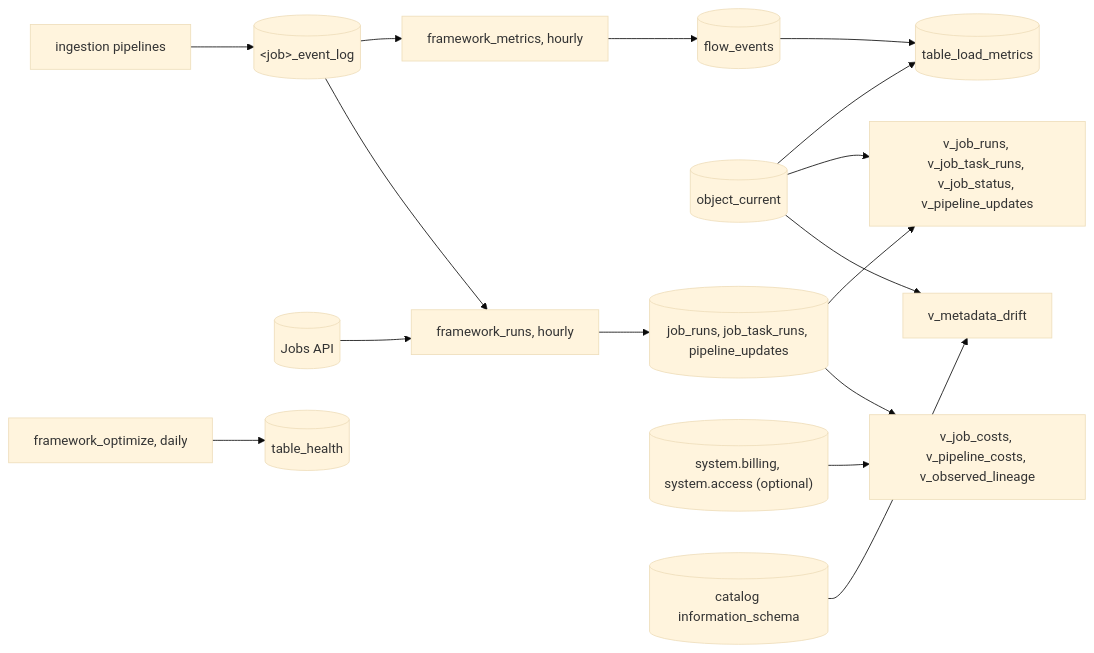
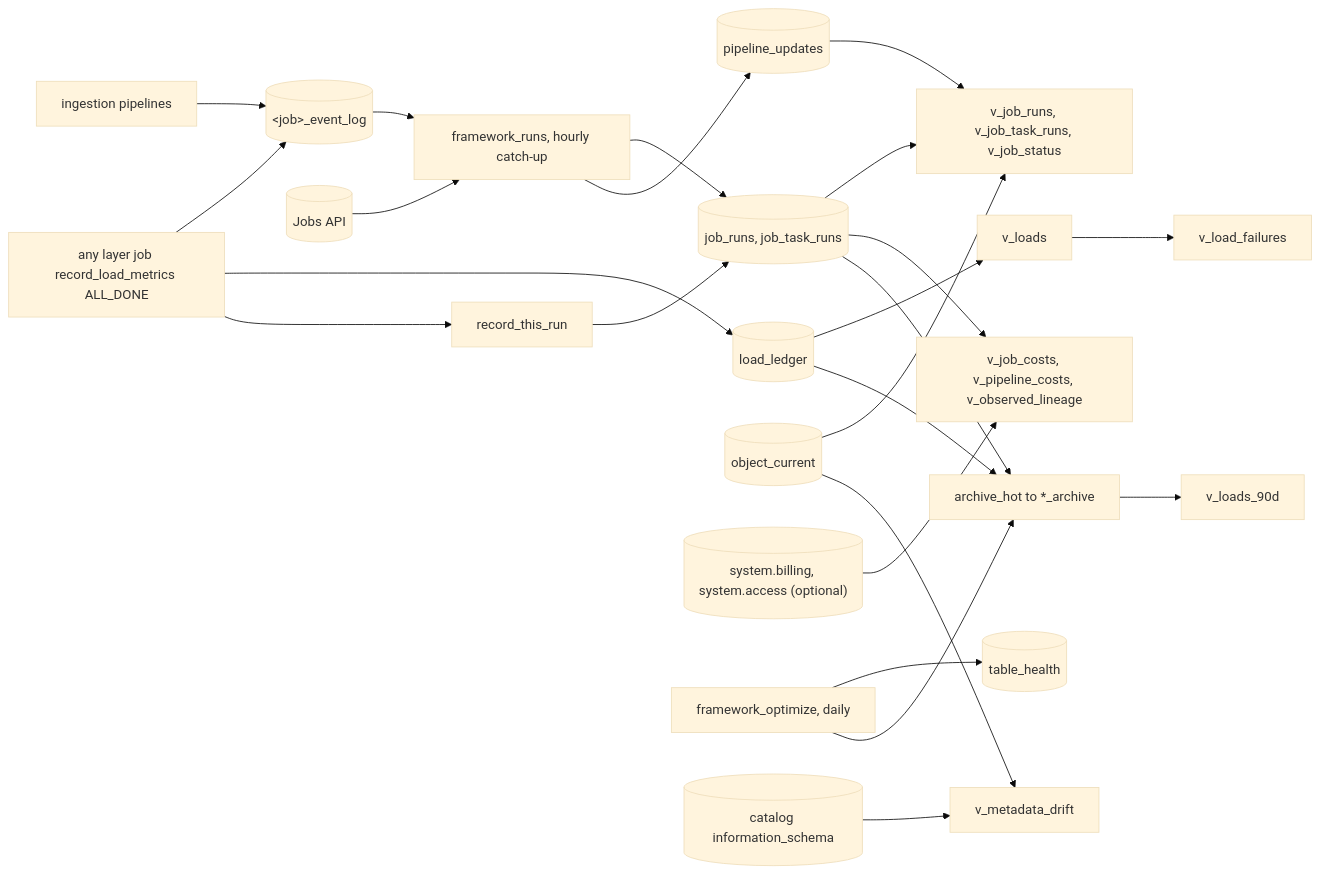
The fourth of 9 diagrams in framework_docs/ARCHITECTURE.md (NitinKeshavB/framework), drawn with Mermaid (base theme) before and after one commit. The commit also changed other lines of this file and 20 other files, not shown here.

First line of the commit message:
Make load_ledger the sole recon SoR with NRT runs and archives.

````diff
--- a/framework_docs/ARCHITECTURE.md
+++ b/framework_docs/ARCHITECTURE.md
@@ -94,18 +99,26 @@
 ```mermaid
 flowchart LR
   ingestionPipelines[ingestion pipelines] --> eventLogs[("&lt;job&gt;_event_log")]
-  eventLogs --> metricsPipeline[framework_metrics, hourly]
-  metricsPipeline --> flowEvents[(flow_events)]
-  flowEvents --> loadMetrics[(table_load_metrics)]
-  registry[(object_current)] --> loadMetrics
-  jobsApi[(Jobs API)] --> runsJob[framework_runs, hourly]
+  anyJob[any layer job record_load_metrics ALL_DONE] --> eventLogs
+  anyJob --> ledger[(load_ledger)]
+  ledger --> loads[v_loads]
+  loads --> failures[v_load_failures]
+  anyJob --> recordThisRun[record_this_run]
+  recordThisRun --> runTables[(job_runs, job_task_runs)]
+  jobsApi[(Jobs API)] --> runsJob[framework_runs, hourly catch-up]
   eventLogs --> runsJob
-  runsJob --> runTables[(job_runs, job_task_runs, pipeline_updates)]
-  runTables --> runViews[v_job_runs, v_job_task_runs, v_job_status, v_pipeline_updates]
-  registry --> runViews
+  runsJob --> runTables
+  runsJob --> updates[(pipeline_updates)]
+  runTables --> runViews[v_job_runs, v_job_task_runs, v_job_status]
+  updates --> runViews
+  registry[(object_current)] --> runViews
   systemTables[("system.billing, system.access (optional)")] --> costViews[v_job_costs, v_pipeline_costs, v_observed_lineage]
   runTables --> costViews
   optimize[framework_optimize, daily] --> health[(table_health)]
+  optimize --> archive[archive_hot to *_archive]
+  ledger --> archive
+  runTables --> archive
+  archive --> loads90[v_loads_90d]
   registry --> metadataDrift[v_metadata_drift]
   infoSchema[(catalog information_schema)] --> metadataDrift
 ```
````
